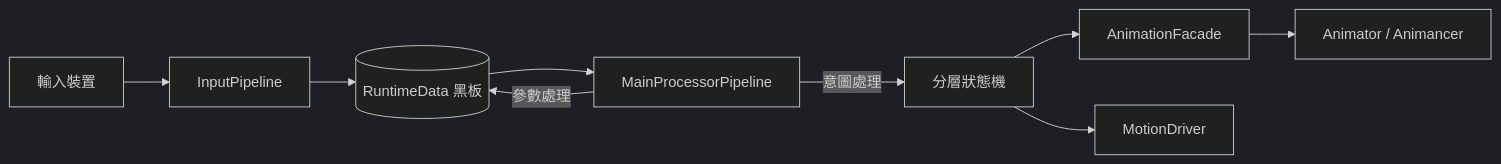
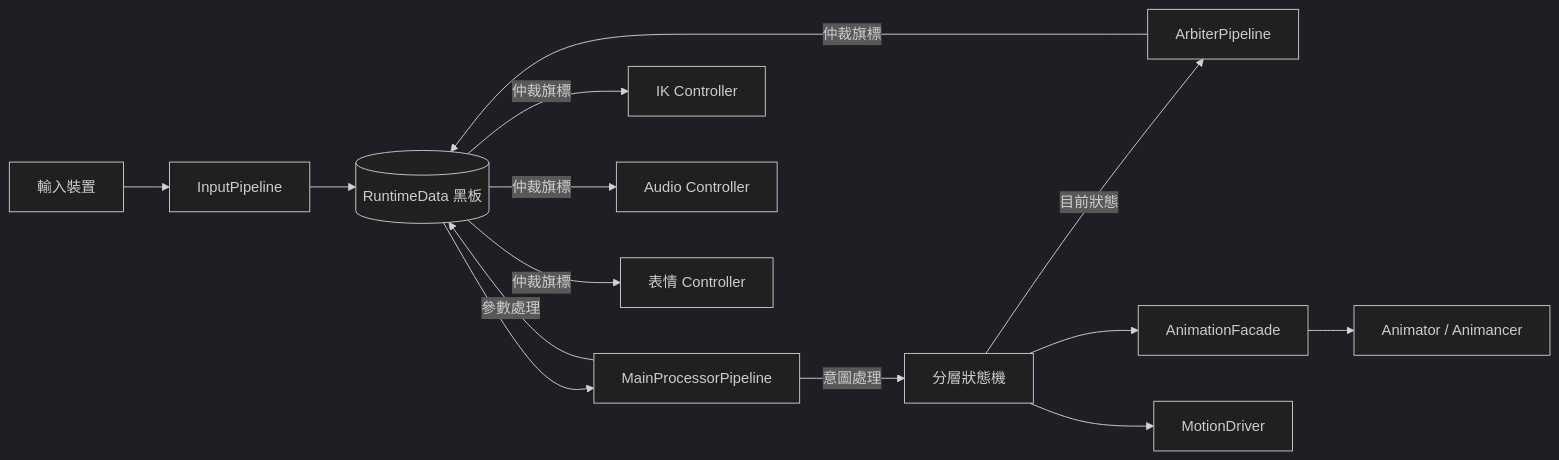
The diagram in 01-design-doc.md (Baka8787/CharacterController), drawn with Mermaid (dark theme) before and after one commit. The commit also changed other lines of this file and 16 other files, not shown here.

````diff
--- a/01-design-doc.md
+++ b/01-design-doc.md
@@ -63,11 +83,16 @@
 ```mermaid
 flowchart LR
     Input[輸入裝置] --> IP[InputPipeline]
     IP --> RD[(RuntimeData 黑板)]
     RD --> MP[MainProcessorPipeline]
     MP -->|意圖處理| SM[分層狀態機]
     MP -->|參數處理| RD
+    SM -->|目前狀態| AP[ArbiterPipeline]
+    AP -->|仲裁旗標| RD
     SM --> Facade[AnimationFacade]
     Facade --> Anim[Animator / Animancer]
     SM --> MD[MotionDriver]
+    RD -->|仲裁旗標| IKC[IK Controller]
+    RD -->|仲裁旗標| AC[Audio Controller]
+    RD -->|仲裁旗標| EC[表情 Controller]
 ```
````
